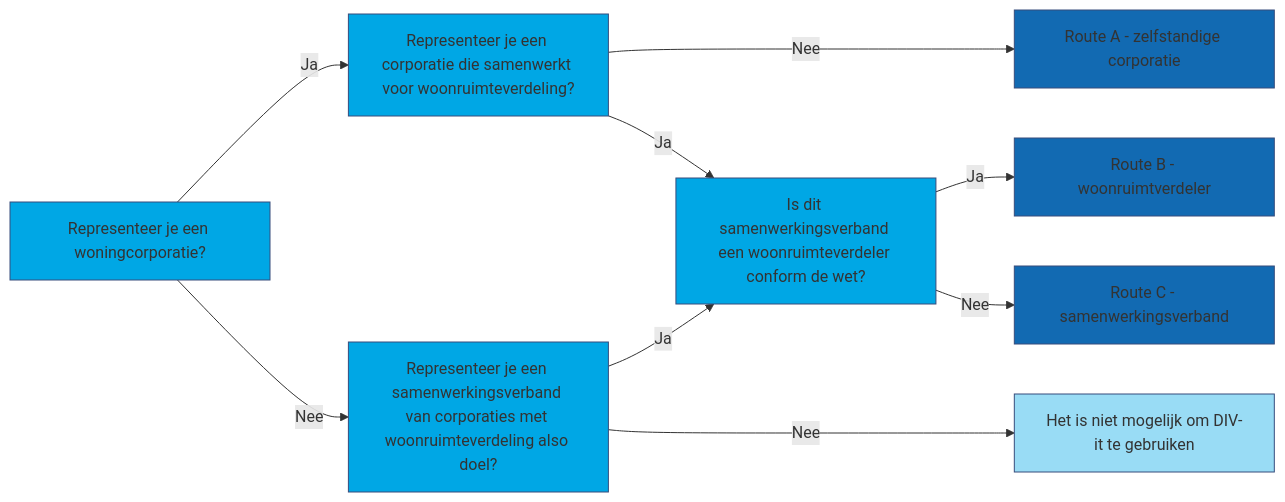
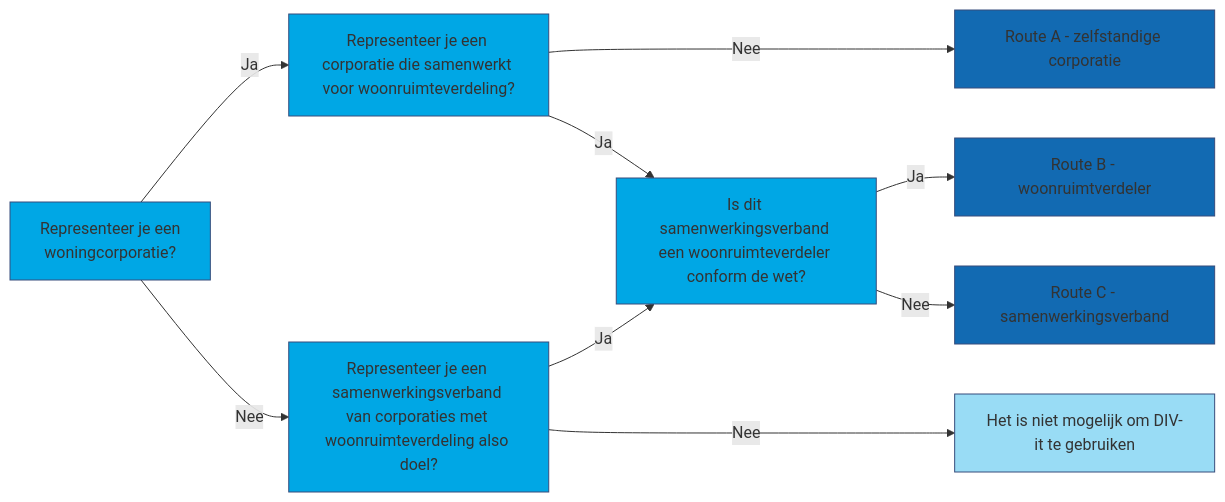
One commit to pdevickataedes/antora_test changed the diagram in modules/ROOT/pages/chapters/03_routekaart_voorbereiding.adoc. Above: the diagram before and after it, drawn with Mermaid.

```diff
--- a/modules/ROOT/pages/chapters/03_routekaart_voorbereiding.adoc
+++ b/modules/ROOT/pages/chapters/03_routekaart_voorbereiding.adoc
@@ -10,29 +10,29 @@
 [mermaid]
 ....
 
 graph LR
-  A[Representeer je een woningcorporatie?] --> |Ja| B[Representeer je een corporatie die samenwerkt voor woonruimteverdeling?];
+  A[Representeer je een <br/> woningcorporatie?] --> |Ja| B[Representeer je een corporatie die samenwerkt voor woonruimteverdeling?];
   A --> |Nee| C[Representeer je een samenwerkingsverband van corporaties met woonruimteverdeling also doel?];
 
   B --->|Nee| RouteA[Route A - zelfstandige corporatie];
   B -->|Ja| D[Is dit samenwerkingsverband een woonruimteverdeler conform de wet?];
 
   C -->|Ja| D;
   C --->|Nee| GeenRoute[Het is niet mogelijk om DIV-it te gebruiken];
 
   D -->|Ja| RouteB[Route B - woonruimtverdeler]
   D -->|Nee| RouteC[Route C - samenwerkingsverband]
 
   A:::Decision
   B:::Decision
   C:::Decision
   D:::Decision
   RouteA:::Route
   RouteB:::Route
   RouteC:::Route
   GeenRoute:::GeenRoute
   classDef Decision stroke-width:1px,  stroke:#374D7C, fill:#00A7E5 
   classDef Route stroke-width:1px,  stroke:#374D7C, fill:#126AB2 
   classDef GeenRoute stroke-width:1px,  stroke:#374D7C, fill:#99DCF5 
 
 ....
```
